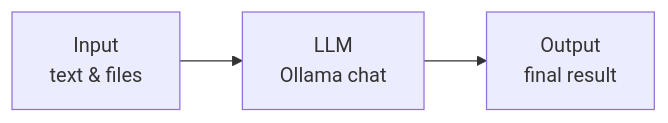
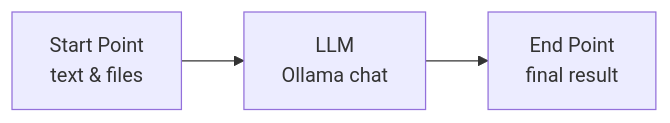
Before and after one commit to sumin-ma-1/operate-ai: the second of 3 diagrams in README.md, drawn with Mermaid. The commit also changed other lines of this file and 13 other files, not shown here.

````diff
--- a/README.md
+++ b/README.md
@@ -47,5 +47,5 @@
 ```mermaid
 flowchart LR
-  IN[Input\n text & files] --> LLM[LLM\n Ollama chat]
-  LLM --> OUT[Output\n final result]
+  IN[Start Point\n text & files] --> LLM[LLM\n Ollama chat]
+  LLM --> OUT[End Point\n final result]
 ```
````
